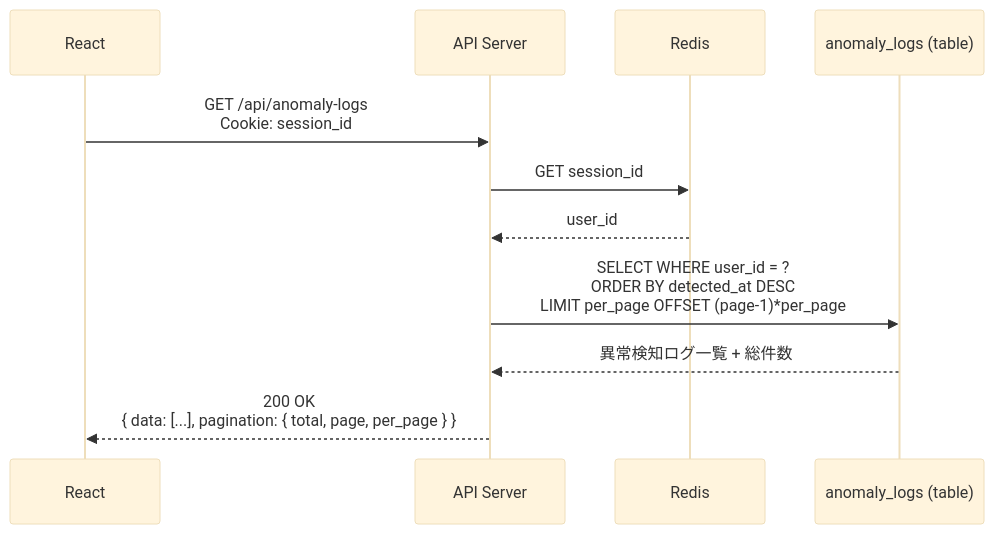
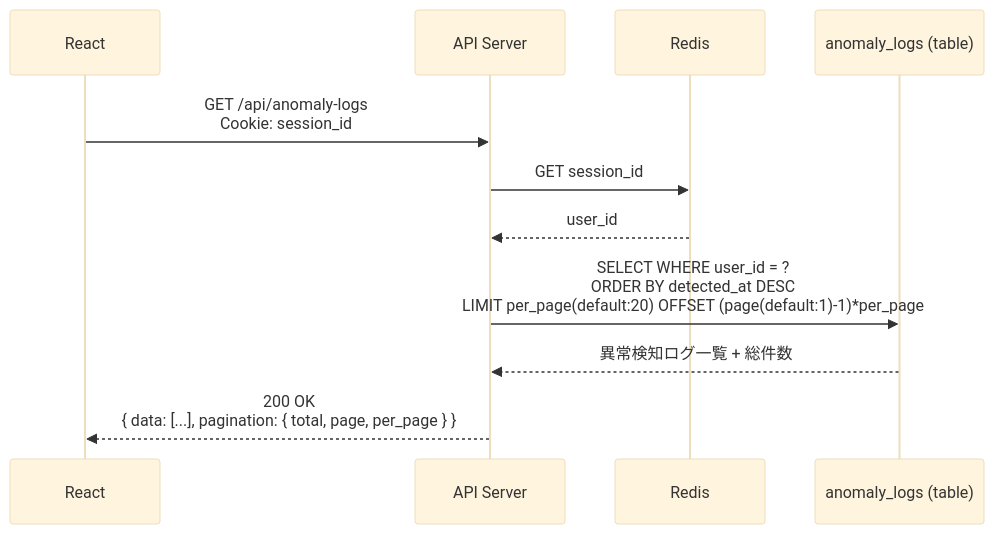
One commit to riaton/home-smart-factory changed the first of 5 diagrams in basic_design/sequence/異常一覧表示.md. Above: the diagram before and after it, drawn with Mermaid (base theme). The commit also changed other lines of this file and 7 other files, not shown here.

````diff
--- a/basic_design/sequence/異常一覧表示.md
+++ b/basic_design/sequence/異常一覧表示.md
@@ -11,16 +13,16 @@
 ```mermaid
 sequenceDiagram
     participant React as React
     participant API as API Server
     participant Redis as Redis
     participant Logs as anomaly_logs (table)
 
     React->>API: GET /api/anomaly-logs<br/>Cookie: session_id
     API->>Redis: GET session_id
     Redis-->>API: user_id
 
-    API->>Logs: SELECT WHERE user_id = ?<br/>ORDER BY detected_at DESC<br/>LIMIT per_page OFFSET (page-1)*per_page
+    API->>Logs: SELECT WHERE user_id = ?<br/>ORDER BY detected_at DESC<br/>LIMIT per_page(default:20) OFFSET (page(default:1)-1)*per_page
     Logs-->>API: 異常検知ログ一覧 + 総件数
 
     API-->>React: 200 OK<br/>{ data: [...], pagination: { total, page, per_page } }
 ```
````
